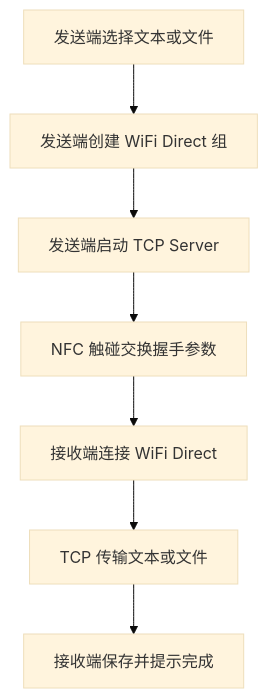
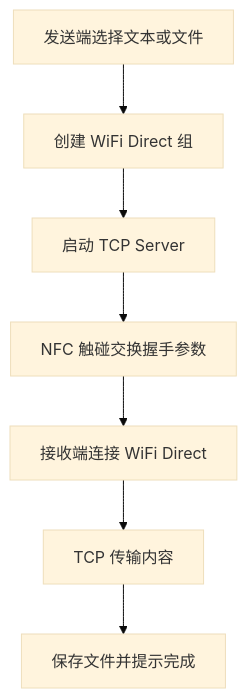
One commit to chl191980/nfcmi changed the diagram in README.md. Above: the diagram before and after it, drawn with Mermaid (base theme). The commit also changed other lines of this file and 18 other files, not shown here.

````diff
--- a/README.md
+++ b/README.md
@@ -35,9 +93,9 @@
 ```mermaid
 flowchart TD
-    A["发送端选择文本或文件"] --> B["发送端创建 WiFi Direct 组"]
-    B --> C["发送端启动 TCP Server"]
+    A["发送端选择文本或文件"] --> B["创建 WiFi Direct 组"]
+    B --> C["启动 TCP Server"]
     C --> D["NFC 触碰交换握手参数"]
     D --> E["接收端连接 WiFi Direct"]
-    E --> F["TCP 传输文本或文件"]
-    F --> G["接收端保存并提示完成"]
+    E --> F["TCP 传输内容"]
+    F --> G["保存文件并提示完成"]
 ```
````
